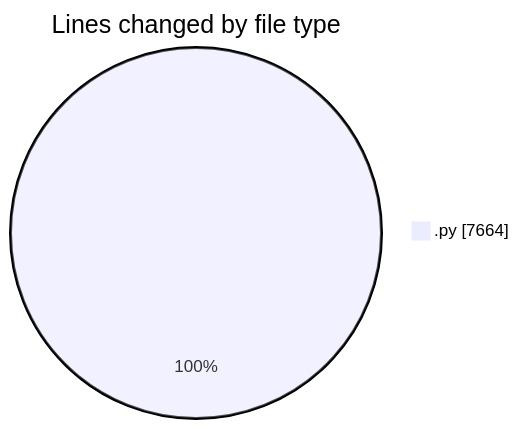
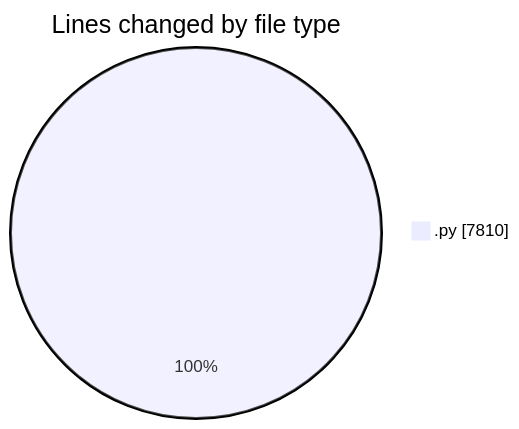
The first of 2 diagrams in 2025-04-18/myws__workspace_/README.md (MatusMokan/code-tracking), drawn with Mermaid before and after one commit. The commit also changed other lines of this file and 1 other file, not shown here.

````diff
--- a/2025-04-18/myws__workspace_/README.md
+++ b/2025-04-18/myws__workspace_/README.md
@@ -25,5 +26,5 @@
 ```mermaid
 pie showData
 title Lines changed by file type
-".py" : 7664
+".py" : 7810
 ```
````
